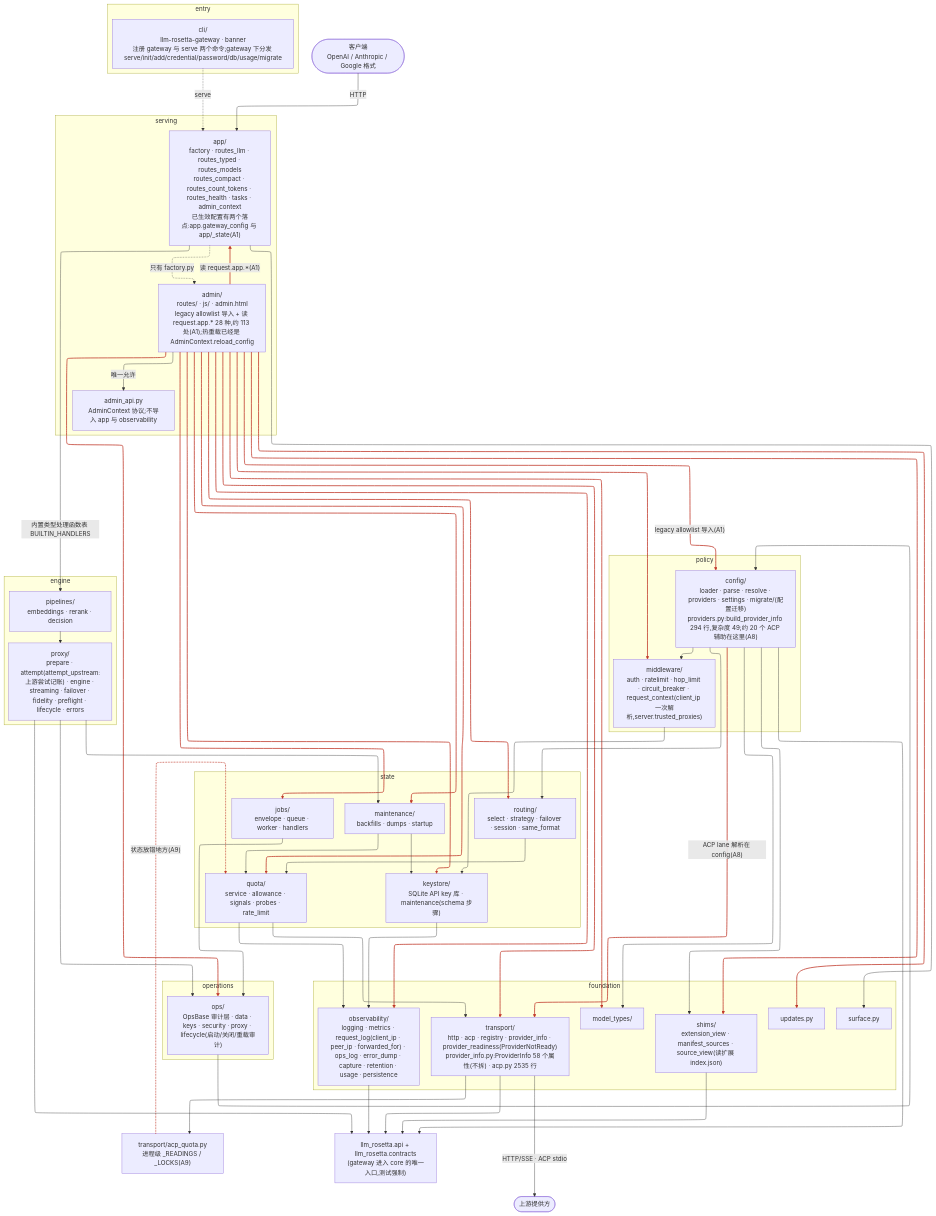
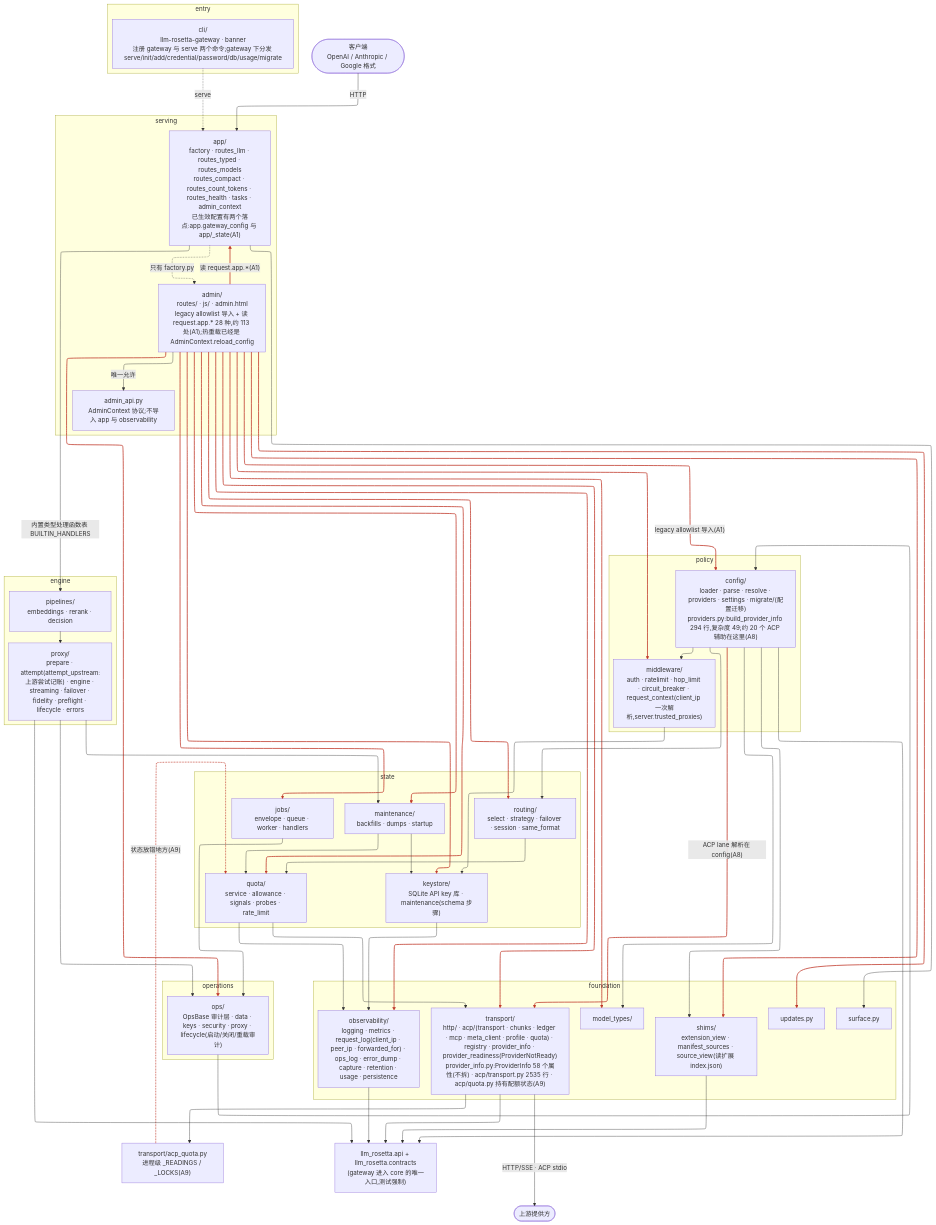
The diagram in gap_actual.mmd (Oaklight/llm-rosetta), drawn with Mermaid before and after one commit. The commit also changed 5 other files, not shown here.

Commit message:
diagrams: transport/acp/ is a package (#1830 A13)

```diff
--- a/gap_actual.mmd
+++ b/gap_actual.mmd
@@ -1,89 +1,89 @@
 ---
 config:
   layout: elk
 ---
 flowchart TB
   ACPQ["transport/acp_quota.py<br/>进程级 _READINGS / _LOCKS(A9)"]
   subgraph STATE["state"]
     KEYSTORE["keystore/<br/>SQLite API key 库 · maintenance(schema 步骤)"]
     MAINT["maintenance/<br/>backfills · dumps · startup"]
     JOBS["jobs/<br/>envelope · queue · worker · handlers"]
     QUOTA["quota/<br/>service · allowance · signals · probes · rate_limit"]
     ROUTING["routing/<br/>select · strategy · failover · session · same_format"]
   end
   subgraph POLICY["policy"]
     CONFIG["config/<br/>loader · parse · resolve · providers · settings · migrate/(配置迁移)<br/>providers.py:build_provider_info 294 行,复杂度 49;约 20 个 ACP 辅助在这里(A8)"]
     MW["middleware/<br/>auth · ratelimit · hop_limit · circuit_breaker · request_context(client_ip 一次解析,server.trusted_proxies)"]
   end
   subgraph FOUNDATION["foundation"]
-    TRANSPORT["transport/<br/>http · acp · registry · provider_info · provider_readiness(ProviderNotReady)<br/>provider_info.py:ProviderInfo 58 个属性(不拆) · acp.py 2535 行"]
+    TRANSPORT["transport/<br/>http/ · acp/(transport · chunks · ledger · mcp · meta_client · profile · quota) · registry · provider_info · provider_readiness(ProviderNotReady)<br/>provider_info.py:ProviderInfo 58 个属性(不拆) · acp/transport.py 2535 行 · acp/quota.py 持有配额状态(A9)"]
     SURF["surface.py"]
     OBS["observability/<br/>logging · metrics · request_log(client_ip · peer_ip · forwarded_for) · ops_log · error_dump · capture · retention · usage · persistence"]
     UPD["updates.py"]
     MT["model_types/"]
     SHIMS["shims/<br/>extension_view · manifest_sources · source_view(读扩展 index.json)"]
   end
   subgraph ENGINE["engine"]
     PROXY["proxy/<br/>prepare · attempt(attempt_upstream:上游尝试记账) · engine · streaming · failover · fidelity · preflight · lifecycle · errors"]
     PIPES["pipelines/<br/>embeddings · rerank · decision"]
   end
   subgraph OPERATIONS["operations"]
     OPS["ops/<br/>OpsBase 审计层 · data · keys · security · proxy · lifecycle(启动/关闭/重载审计)"]
   end
   subgraph ENTRY["entry"]
     CLI["cli/<br/>llm-rosetta-gateway · banner<br/>注册 gateway 与 serve 两个命令;gateway 下分发 serve/init/add/credential/password/db/usage/migrate"]
   end
   CLIENT(["客户端<br/>OpenAI / Anthropic / Google 格式"])
   CORE["llm_rosetta.api + llm_rosetta.contracts<br/>(gateway 进入 core 的唯一入口,测试强制)"]
   UP(["上游提供方"])
   subgraph SERVING["serving"]
     ADMINAPI["admin_api.py<br/>AdminContext 协议;不导入 app 与 observability"]
     ADMIN["admin/<br/>routes/ · js/ · admin.html<br/>legacy allowlist 导入 + 读 request.app.* 28 种,约 113 处(A1);热重载已经是 AdminContext.reload_config"]
     APP["app/<br/>factory · routes_llm · routes_typed · routes_models<br/>routes_compact · routes_count_tokens · routes_health · tasks · admin_context<br/>已生效配置有两个落点:app.gateway_config 与 app/_state(A1)"]
   end
   ADMIN -->|"唯一允许"| ADMINAPI
   ADMIN -->|"legacy allowlist 导入(A1)"| CONFIG
   ADMIN --> JOBS
   ADMIN --> KEYSTORE
   ADMIN --> MAINT
   ADMIN --> MW
   ADMIN --> MT
   ADMIN --> OBS
   ADMIN --> OPS
   ADMIN --> QUOTA
   ADMIN --> ROUTING
   ADMIN --> SHIMS
   ADMIN --> TRANSPORT
   ADMIN --> UPD
   APP -.->|"只有 factory.py"| ADMIN
   APP -->|"内置类型处理函数表 BUILTIN_HANDLERS"| PIPES
   APP --> SURF
   CLI -.->|"serve"| APP
   CONFIG --> MW
   CONFIG --> MT
   CONFIG --> ROUTING
   CONFIG --> SHIMS
   CONFIG -->|"ACP lane 解析在 config(A8)"| TRANSPORT
   JOBS --> OPS
   KEYSTORE --> OBS
   MAINT --> KEYSTORE
   MAINT --> QUOTA
   MW --> KEYSTORE
   OPS --> CONFIG
   PIPES --> PROXY
   PROXY --> MAINT
   PROXY --> OPS
   QUOTA --> OBS
   QUOTA --> TRANSPORT
   ROUTING --> QUOTA
   ADMIN -->|"读 request.app.*(A1)"| APP
   TRANSPORT --> ACPQ
   ACPQ -.->|"状态放错地方(A9)"| QUOTA
   CONFIG --> CORE
   TRANSPORT -->|HTTP/SSE · ACP stdio| UP
   OBS --> CORE
   SHIMS --> CORE
   TRANSPORT --> CORE
   CLIENT -->|HTTP| APP
   PROXY --> CORE
   linkStyle 1,2,3,4,5,6,7,8,9,10,11,12,13,22,35,37 stroke:#c0392b,stroke-width:2px
```
